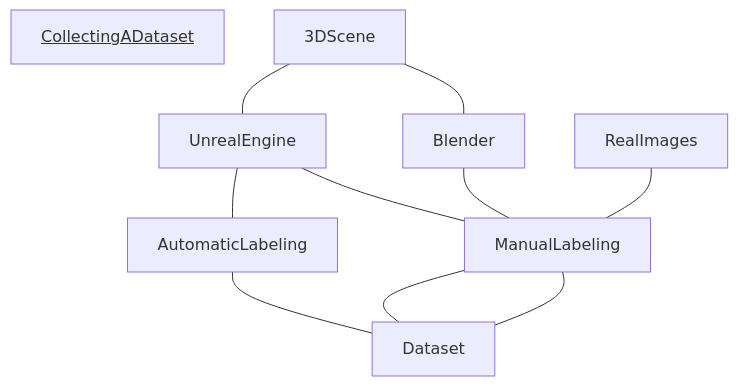
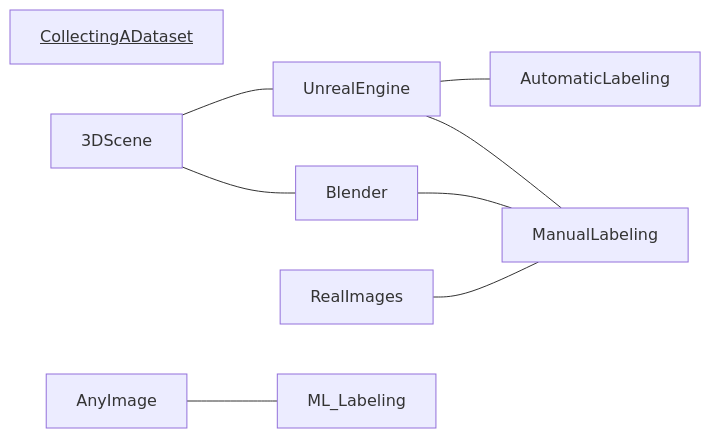
The first of 3 diagrams in ReadMe.md (RepnikovPavel/FurnitureDetection), drawn with Mermaid before and after one commit. The commit also changed other lines of this file and 11 other files, not shown here.

````diff
--- a/ReadMe.md
+++ b/ReadMe.md
@@ -43,13 +43,11 @@
 ```mermaid
-graph TD
+graph LR
 title[<u>CollectingADataset</u>]
 3DScene --- Blender
 Blender --- ManualLabeling
 3DScene --- UnrealEngine
 UnrealEngine --- ManualLabeling
 UnrealEngine --- AutomaticLabeling
-AutomaticLabeling --- Dataset
-ManualLabeling ---Dataset
 RealImages --- ManualLabeling
-ManualLabeling --- Dataset
+AnyImage --- ML_Labeling
 ```  
````
